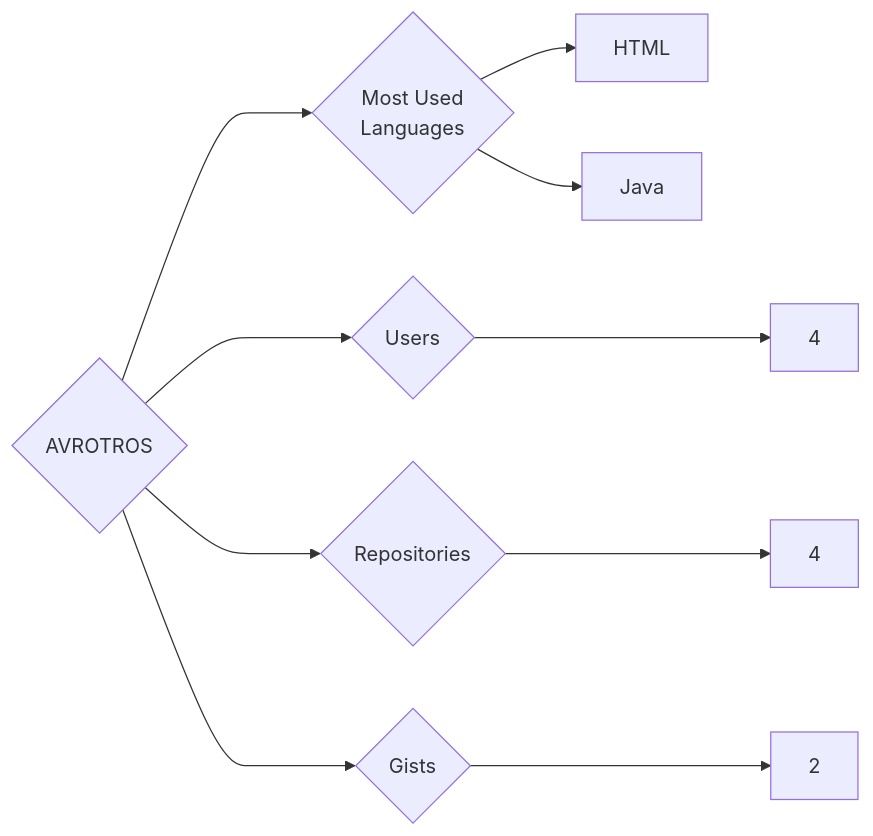
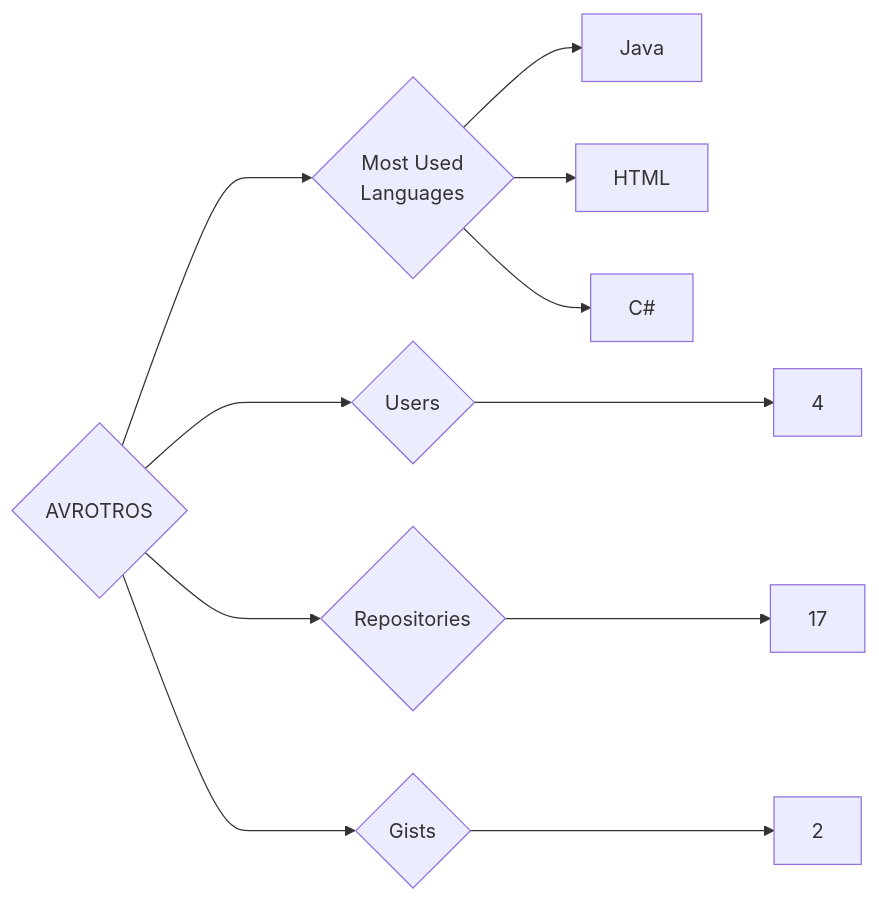
Before and after one commit to trickest/insiders: the diagram in targets/AVROTROS/README.md, drawn with Mermaid. The commit also changed 809 other files, not shown here.

````diff
--- a/targets/AVROTROS/README.md
+++ b/targets/AVROTROS/README.md
@@ -3,10 +3,11 @@
 ```mermaid
 graph LR
 COMPANY_NAME{AVROTROS}
 COMPANY_NAME ---> U{Users} ---> UN[4]
-COMPANY_NAME ---> R{Repositories} ---> RN[4]
+COMPANY_NAME ---> R{Repositories} ---> RN[17]
 COMPANY_NAME ---> G{Gists} ---> GN[2]
 COMPANY_NAME ---> ML{Most Used<br>Languages}
+ML --> Java[Java]
 ML --> HTML[HTML]
-ML --> Java[Java]
+ML --> C#[C#]
 ```
````
